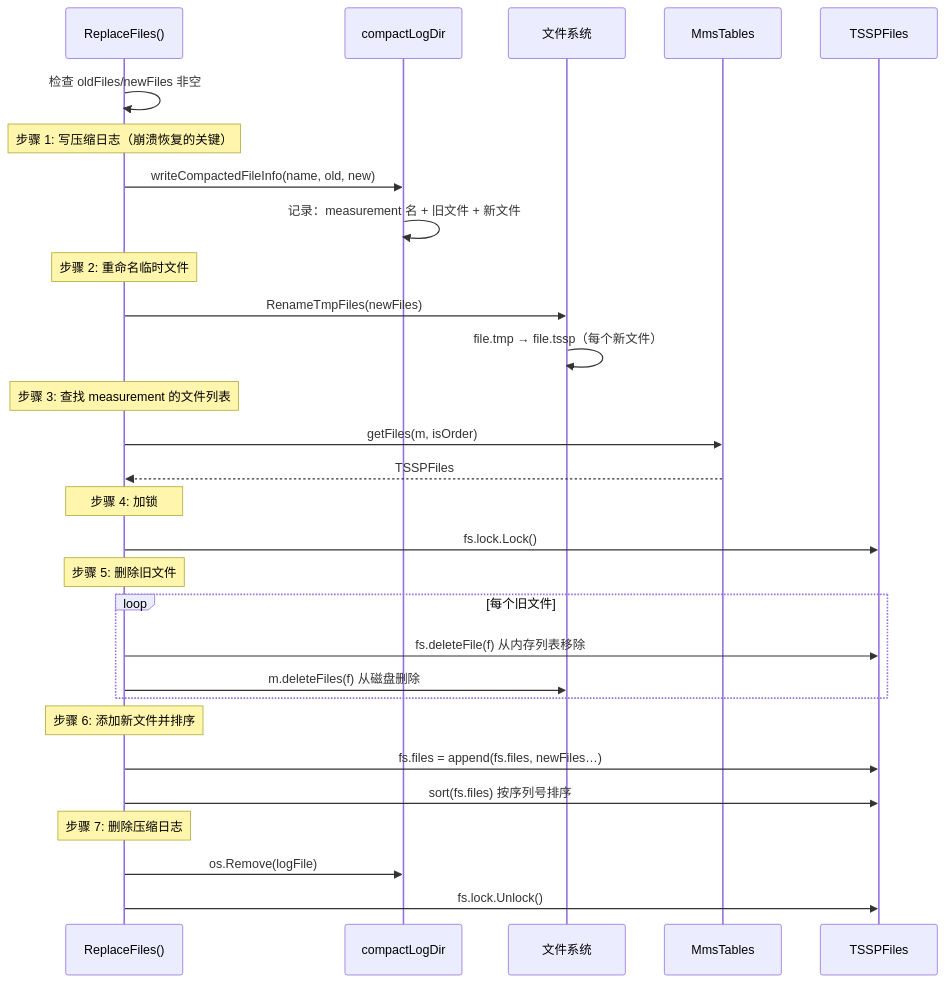
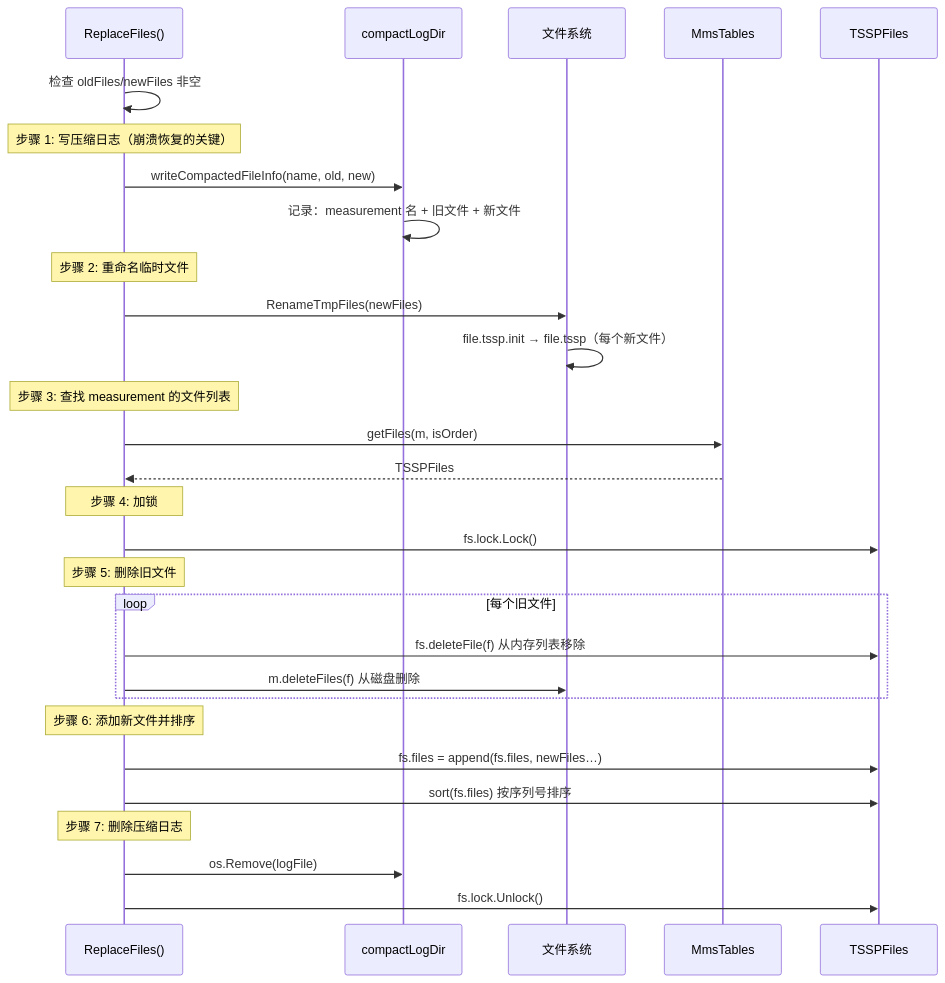
Before and after one commit to stefanv5/openGemini: the ninth of 33 diagrams in docs/specs/04_background_tasks_spec.md, drawn with Mermaid. The commit also changed other lines of this file and 37 other files, not shown here.

````diff
--- a/docs/specs/04_background_tasks_spec.md
+++ b/docs/specs/04_background_tasks_spec.md
@@ -920,40 +923,40 @@
 ```mermaid
 sequenceDiagram
     participant Caller as ReplaceFiles()
     participant Log as compactLogDir
     participant FS as 文件系统
     participant Mms as MmsTables
     participant TSSP as TSSPFiles
 
     Caller->>Caller: 检查 oldFiles/newFiles 非空
 
     Note over Caller: 步骤 1: 写压缩日志（崩溃恢复的关键）
     Caller->>Log: writeCompactedFileInfo(name, old, new)
     Log->>Log: 记录：measurement 名 + 旧文件 + 新文件
 
     Note over Caller: 步骤 2: 重命名临时文件
     Caller->>FS: RenameTmpFiles(newFiles)
-    FS->>FS: file.tmp → file.tssp（每个新文件）
+    FS->>FS: file.tssp.init → file.tssp（每个新文件）
 
     Note over Caller: 步骤 3: 查找 measurement 的文件列表
     Caller->>Mms: getFiles(m, isOrder)
     Mms-->>Caller: TSSPFiles
 
     Note over Caller: 步骤 4: 加锁
     Caller->>TSSP: fs.lock.Lock()
 
     Note over Caller: 步骤 5: 删除旧文件
     loop 每个旧文件
         Caller->>TSSP: fs.deleteFile(f) 从内存列表移除
         Caller->>FS: m.deleteFiles(f) 从磁盘删除
     end
 
     Note over Caller: 步骤 6: 添加新文件并排序
     Caller->>TSSP: fs.files = append(fs.files, newFiles…)
     Caller->>TSSP: sort(fs.files) 按序列号排序
 
     Note over Caller: 步骤 7: 删除压缩日志
     Caller->>Log: os.Remove(logFile)
 
     Caller->>TSSP: fs.lock.Unlock()
 ```
````
